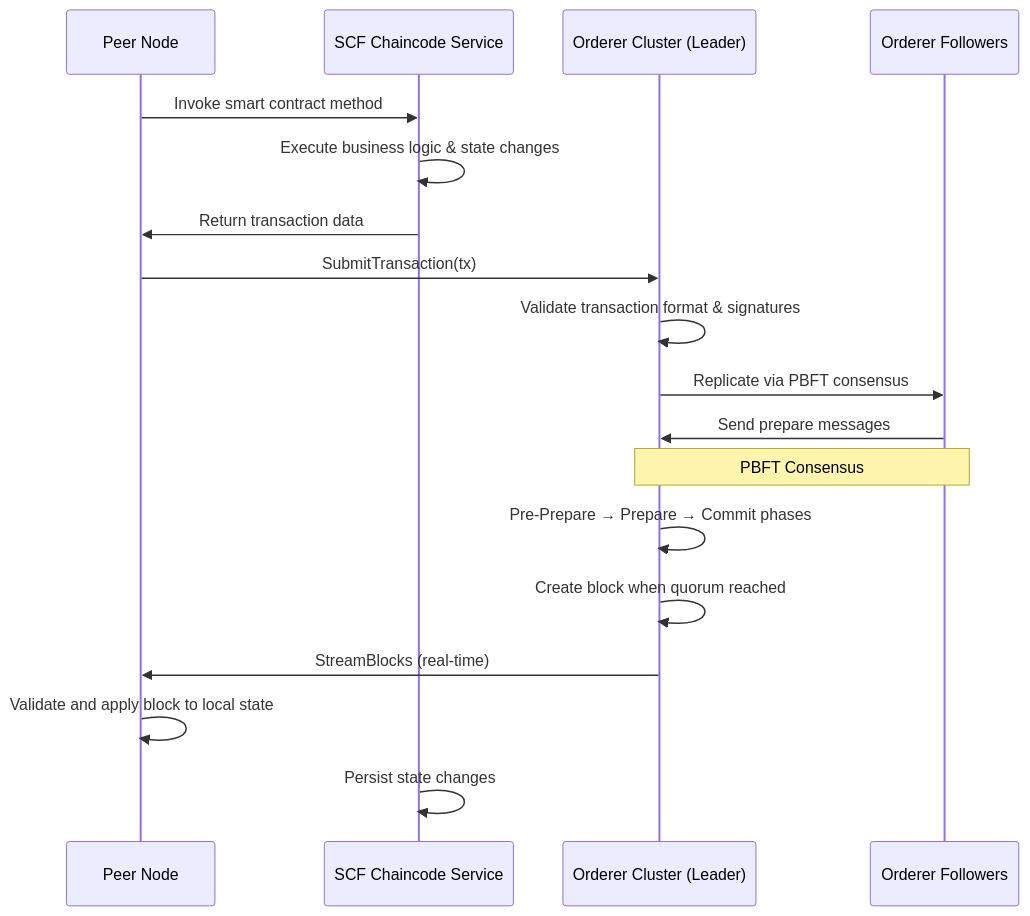
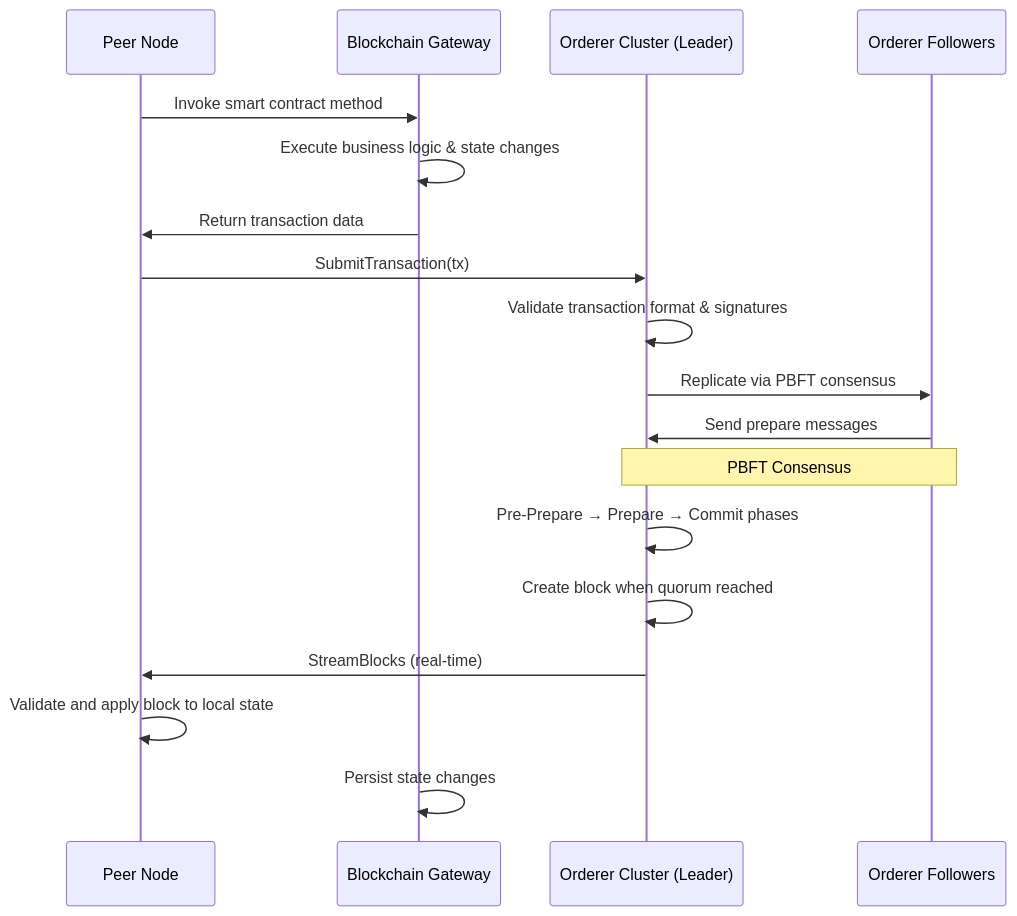
Before and after one commit to trunghc97/blockchain: the fifth of 25 diagrams in System_Design_Document.md, drawn with Mermaid. The commit also changed other lines of this file and 1 other file, not shown here.

````diff
--- a/System_Design_Document.md
+++ b/System_Design_Document.md
@@ -240,24 +662,24 @@
 ```mermaid
 sequenceDiagram
     participant Peer as Peer Node
-    participant Chaincode as SCF Chaincode Service
+    participant Chaincode as Blockchain Gateway
     participant Orderer as Orderer Cluster (Leader)
     participant Followers as Orderer Followers
 
     Peer->>Chaincode: Invoke smart contract method
     Chaincode->>Chaincode: Execute business logic & state changes
     Chaincode->>Peer: Return transaction data
 
     Peer->>Orderer: SubmitTransaction(tx)
     Orderer->>Orderer: Validate transaction format & signatures
     Orderer->>Followers: Replicate via PBFT consensus
     Followers->>Orderer: Send prepare messages
 
     Note over Orderer,Followers: PBFT Consensus
     Orderer->>Orderer: Pre-Prepare → Prepare → Commit phases
     Orderer->>Orderer: Create block when quorum reached
     Orderer->>Peer: StreamBlocks (real-time)
 
     Peer->>Peer: Validate and apply block to local state
     Chaincode->>Chaincode: Persist state changes
 ```
````
